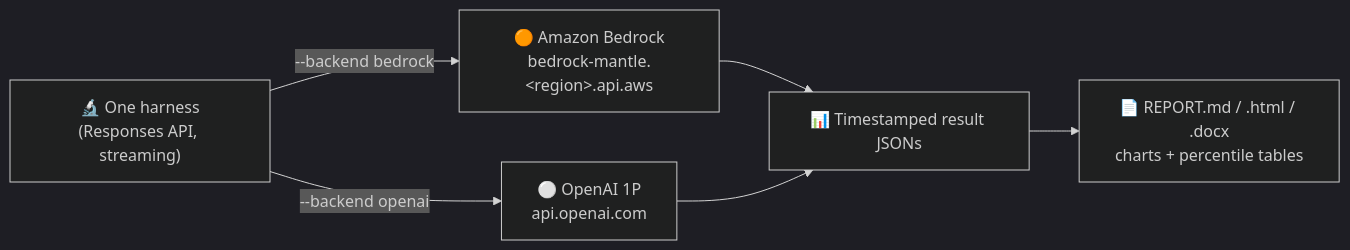
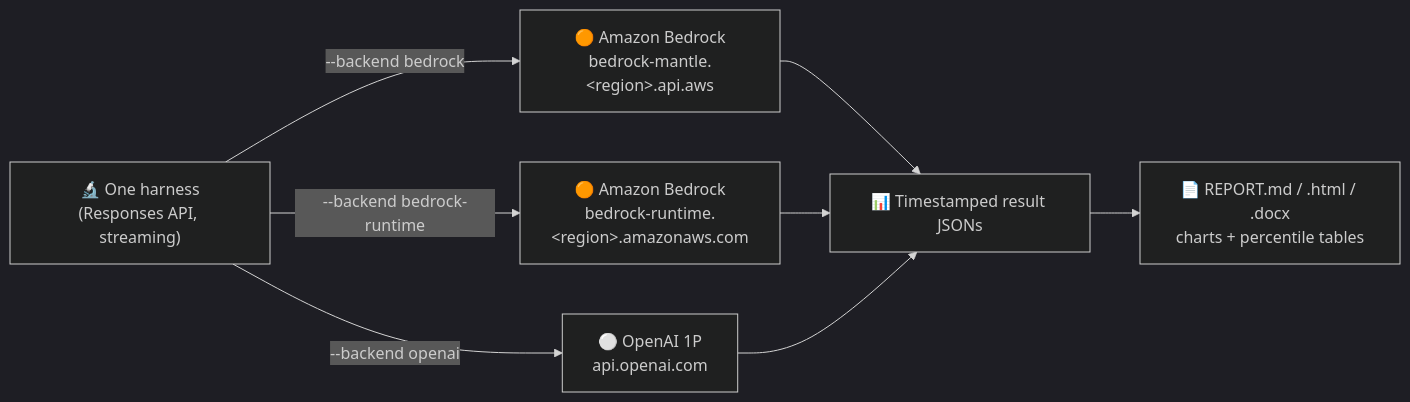
One commit to openai-on-aws/benchmarks-openai changed the first of 2 diagrams in README.md. Above: the diagram before and after it, drawn with Mermaid (dark theme). The commit also changed other lines of this file and 7 other files, not shown here.

````diff
--- a/README.md
+++ b/README.md
@@ -7,9 +7,11 @@
 ```mermaid
 flowchart LR
     H["🔬 One harness<br/>(Responses API, streaming)"]
     H -->|"--backend bedrock"| BR["🟠 Amazon Bedrock<br/>bedrock-mantle.&lt;region&gt;.api.aws"]
+    H -->|"--backend bedrock-runtime"| BRT["🟠 Amazon Bedrock<br/>bedrock-runtime.&lt;region&gt;.amazonaws.com"]
     H -->|"--backend openai"| OP["⚪ OpenAI 1P<br/>api.openai.com"]
     BR --> R["📊 Timestamped result JSONs"]
+    BRT --> R
     OP --> R
     R --> REP["📄 REPORT.md / .html / .docx<br/>charts + percentile tables"]
 ```
````
